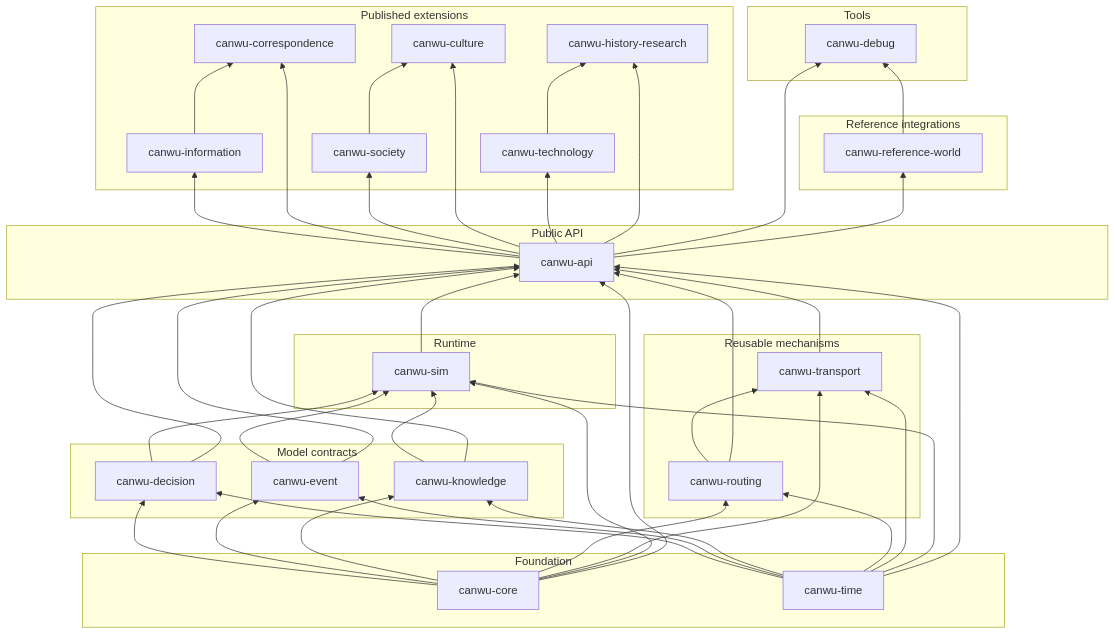
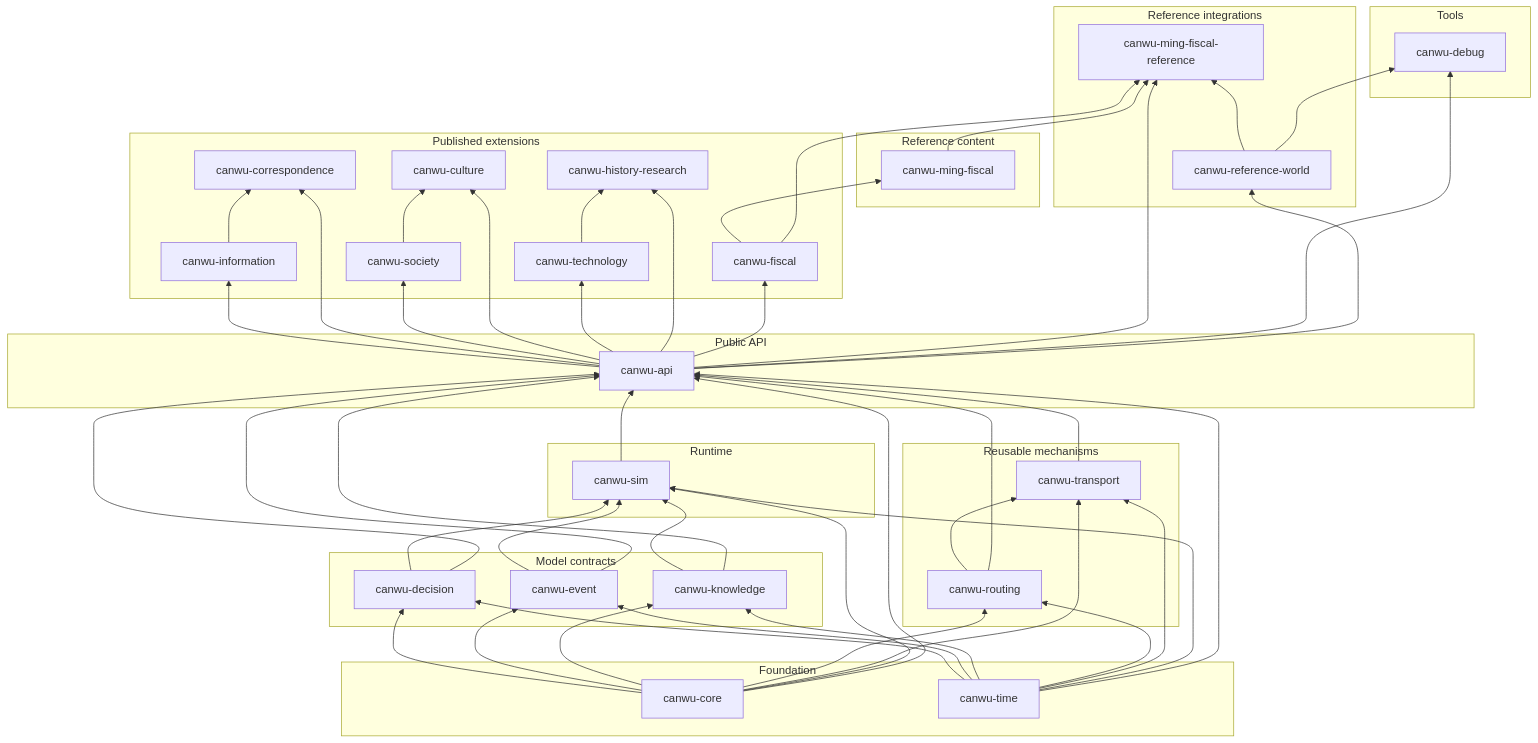
Before and after one commit to PeiyuanQi/canwu: the diagram in crates/README.md, drawn with Mermaid. The commit also changed other lines of this file and 52 other files, not shown here.

Commit message:
feat: add Ming fiscal reference package

```diff
--- a/crates/README.md
+++ b/crates/README.md
@@ -32,6 +32,9 @@
     culture["canwu-culture"]
     technology["canwu-technology"]
     history["canwu-history-research"]
+    fiscal["canwu-fiscal"]
+    ming_fiscal["canwu-ming-fiscal"]
+    ming_reference["canwu-ming-fiscal-reference"]
     debug["canwu-debug"]
 
     subgraph tools["Tools"]
@@ -39,6 +42,10 @@
     end
     subgraph integrations["Reference integrations"]
         reference_world
+        ming_reference
+    end
+    subgraph reference_content["Reference content"]
+        ming_fiscal
     end
     subgraph extensions["Published extensions"]
         information
@@ -47,6 +54,7 @@
         culture
         technology
         history
+        fiscal
     end
     subgraph PublicApi["Public API"]
         api
@@ -105,6 +113,12 @@
     api --> technology
     api --> history
     technology --> history
+    api --> fiscal
+    fiscal --> ming_fiscal
+    api --> ming_reference
+    fiscal --> ming_reference
+    ming_fiscal --> ming_reference
+    reference_world --> ming_reference
     api --> debug
     api --> reference_world
     reference_world --> debug
```
